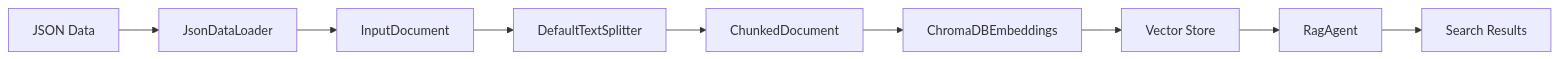
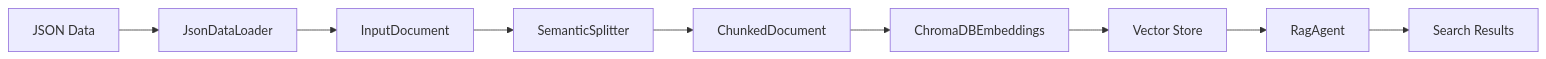
One commit to qut-dmrc/buttermilk changed the diagram in docs/user-guide/vector_database_guide.md. Above: the diagram before and after it, drawn with Mermaid. The commit also changed other lines of this file and 7 other files, not shown here.

````diff
--- a/docs/user-guide/vector_database_guide.md
+++ b/docs/user-guide/vector_database_guide.md
@@ -134,11 +134,11 @@
 ```mermaid
 graph LR
     A[JSON Data] --> B[JsonDataLoader]
     B --> C[InputDocument]
-    C --> D[DefaultTextSplitter]
+    C --> D[SemanticSplitter]
     D --> E[ChunkedDocument]
     E --> F[ChromaDBEmbeddings]
     F --> G[Vector Store]
     G --> H[RagAgent]
     H --> I[Search Results]
 ```
````
